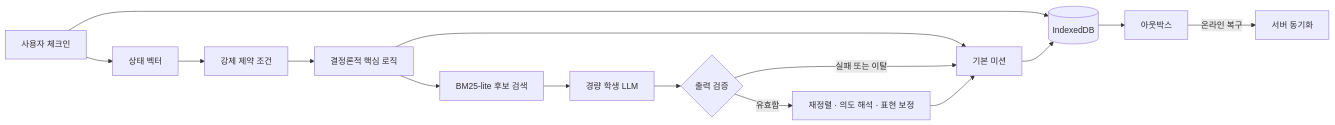
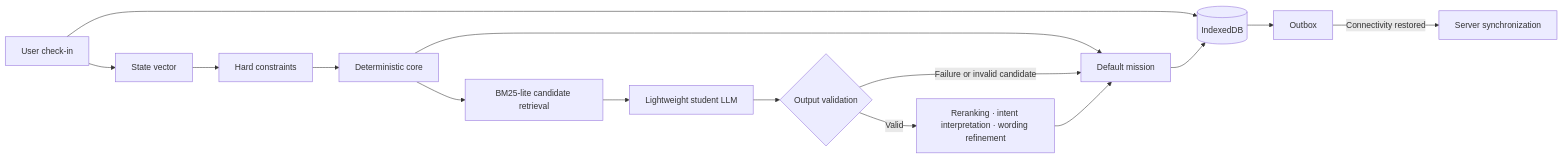
One commit to ryan-ahn-song/Renew changed the diagram in README.md. Above: the diagram before and after it, drawn with Mermaid. The commit also changed other lines of this file, not shown here.

````diff
--- a/README.md
+++ b/README.md
@@ -42,19 +42,19 @@
 ```mermaid
 flowchart LR
-    U[사용자 체크인] --> S[상태 벡터]
-    S --> C[강제 제약 조건]
-    C --> D[결정론적 핵심 로직]
-    D --> M[기본 미션]
+    U[User check-in] --> S[State vector]
+    S --> C[Hard constraints]
+    C --> D[Deterministic core]
+    D --> M[Default mission]
 
-    D --> R[BM25-lite 후보 검색]
-    R --> L[경량 학생 LLM]
-    L --> V{출력 검증}
-    V -->|유효함| E[재정렬 · 의도 해석 · 표현 보정]
-    V -->|실패 또는 이탈| M
+    D --> R[BM25-lite candidate retrieval]
+    R --> L[Lightweight student LLM]
+    L --> V{Output validation}
+    V -->|Valid| E[Reranking · intent interpretation · wording refinement]
+    V -->|Failure or invalid candidate| M
     E --> M
 
     U --> I[(IndexedDB)]
     M --> I
-    I --> O[아웃박스]
-    O -->|온라인 복구| API[서버 동기화]
+    I --> O[Outbox]
+    O -->|Connectivity restored| API[Server synchronization]
 ```
````
